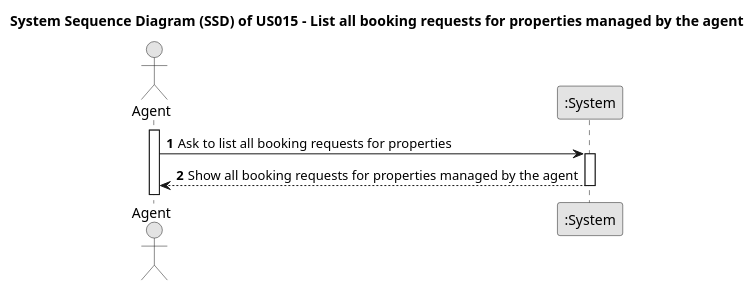
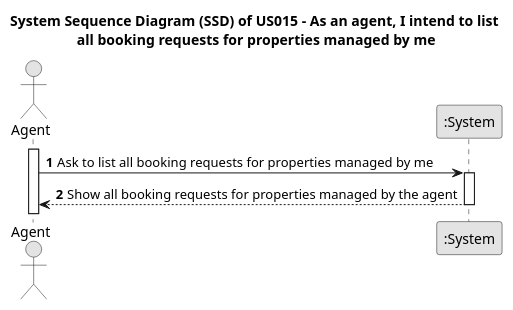
One commit to Goncalves2525/real-estate-management-system changed the diagram in docs/sprintD/us015/01.requirements-engineering/puml/us015-system-sequence-diagram.puml. Above: the diagram before and after it, drawn with PlantUML. The commit also changed 11 other files, not shown here.

Commit message:
US15 ans US16 Requirements engineering General use case diagram update

```diff
--- a/docs/sprintD/us015/01.requirements-engineering/puml/us015-system-sequence-diagram.puml
+++ b/docs/sprintD/us015/01.requirements-engineering/puml/us015-system-sequence-diagram.puml
@@ -1,22 +1,21 @@
 @startuml
 skinparam monochrome true
 skinparam packageStyle rectangle
 skinparam shadowing false
 
-title System Sequence Diagram (SSD) of US015 - List all booking requests for properties managed by the agent
-
+title System Sequence Diagram (SSD) of US015 - As an agent, I intend to list \nall booking requests for properties managed by me
 autonumber
 
 actor "Agent" as Agent
 participant ":System" as System
 
 activate Agent
 
 
-    Agent -> System : Ask to list all booking requests for properties
+    Agent -> System : Ask to list all booking requests for properties managed by me
         activate System
 
         System --> Agent : Show all booking requests for properties managed by the agent
     deactivate System
 
 @enduml
```
